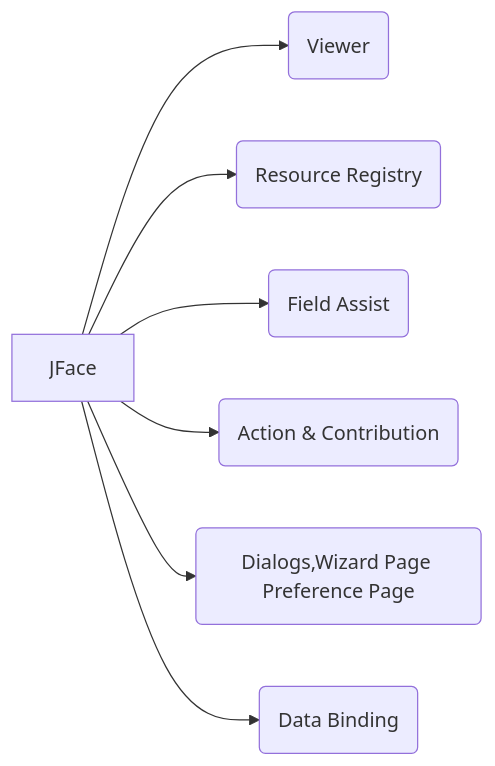
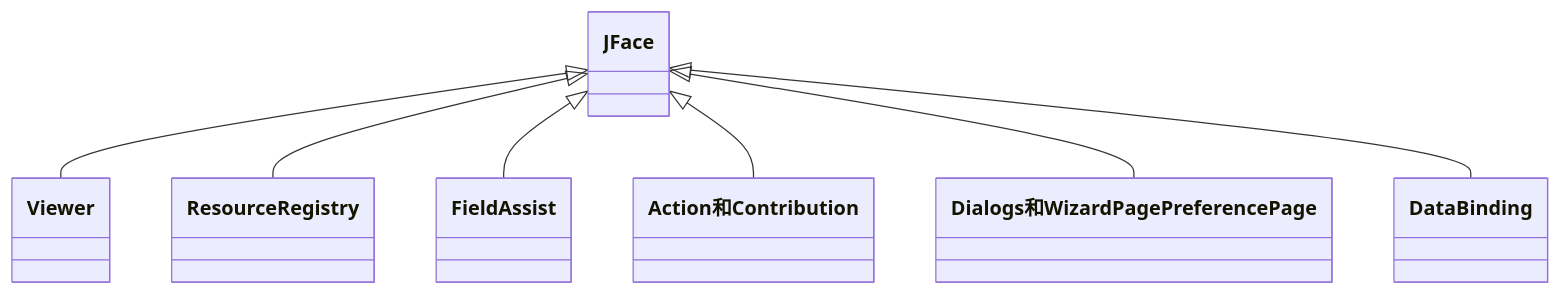
The second of 4 diagrams in Eclipse插件开发笔记.md (aw2279140042/eclipse-), drawn with Mermaid before and after one commit. The commit also changed 1 other file, not shown here.

Commit message:
添加记录

````diff
--- a/Eclipse插件开发笔记.md
+++ b/Eclipse插件开发笔记.md
@@ -199,10 +199,9 @@
 ```mermaid
-graph LR
-A[JFace]-->B(Viewer)
-A-->C(Resource Registry)
-A-->D(Field Assist)
-A-->E(Action & Contribution)
-A-->F(Dialogs,Wizard Page Preference Page)
-A-->G(Data Binding)
-
+classDiagram
+JFace<|--Viewer
+JFace<|--Resource Registry
+JFace<|--Field Assist
+JFace<|--Action 和 Contribution
+JFace<|--Dialogs 和 Wizard Page Preference Page
+JFace<|--Data Binding
 ```
````
